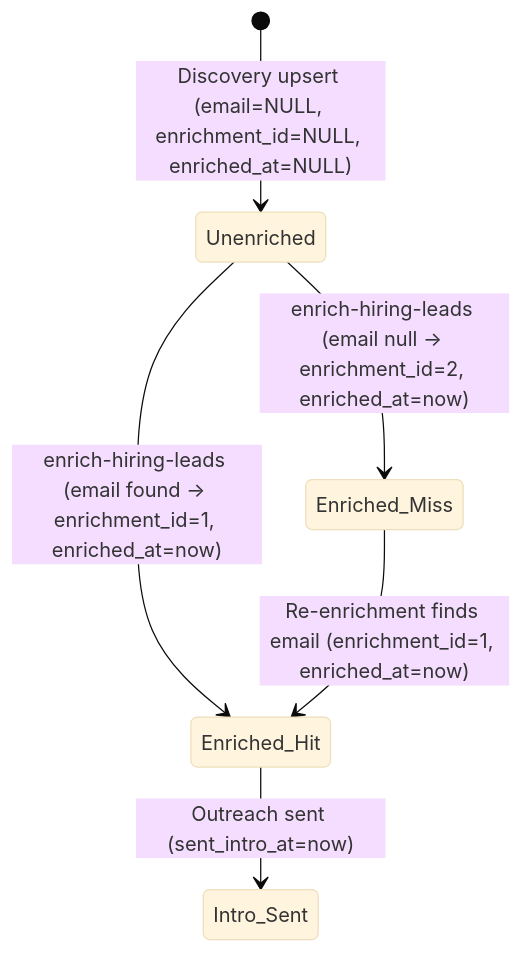
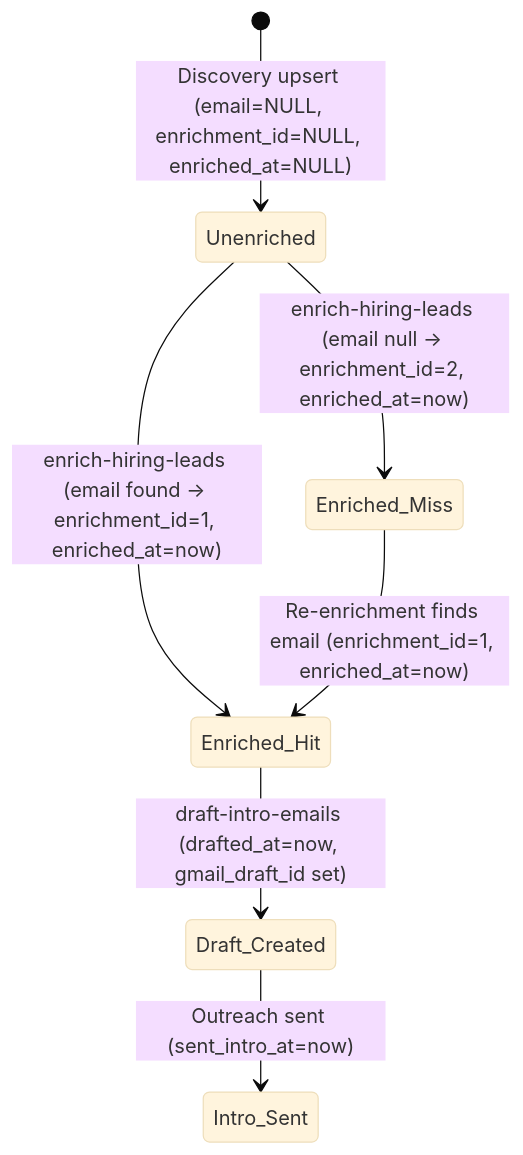
The third of 3 diagrams in system_architecture/system_architecture_lead_enrichment.md (yen93/personal_client_finder), drawn with Mermaid (base theme) before and after one commit. The commit also changed other lines of this file and 9 other files, not shown here.

````diff
--- a/system_architecture/system_architecture_lead_enrichment.md
+++ b/system_architecture/system_architecture_lead_enrichment.md
@@ -167,8 +169,9 @@
 ```mermaid
 stateDiagram-v2
     [*] --> Unenriched: Discovery upsert (email=NULL, enrichment_id=NULL, enriched_at=NULL)
     Unenriched --> Enriched_Hit: enrich-hiring-leads (email found -> enrichment_id=1, enriched_at=now)
     Unenriched --> Enriched_Miss: enrich-hiring-leads (email null -> enrichment_id=2, enriched_at=now)
     Enriched_Miss --> Enriched_Hit: Re-enrichment finds email (enrichment_id=1, enriched_at=now)
-    Enriched_Hit --> Intro_Sent: Outreach sent (sent_intro_at=now)
+    Enriched_Hit --> Draft_Created: draft-intro-emails (drafted_at=now, gmail_draft_id set)
+    Draft_Created --> Intro_Sent: Outreach sent (sent_intro_at=now)
 ```
````
